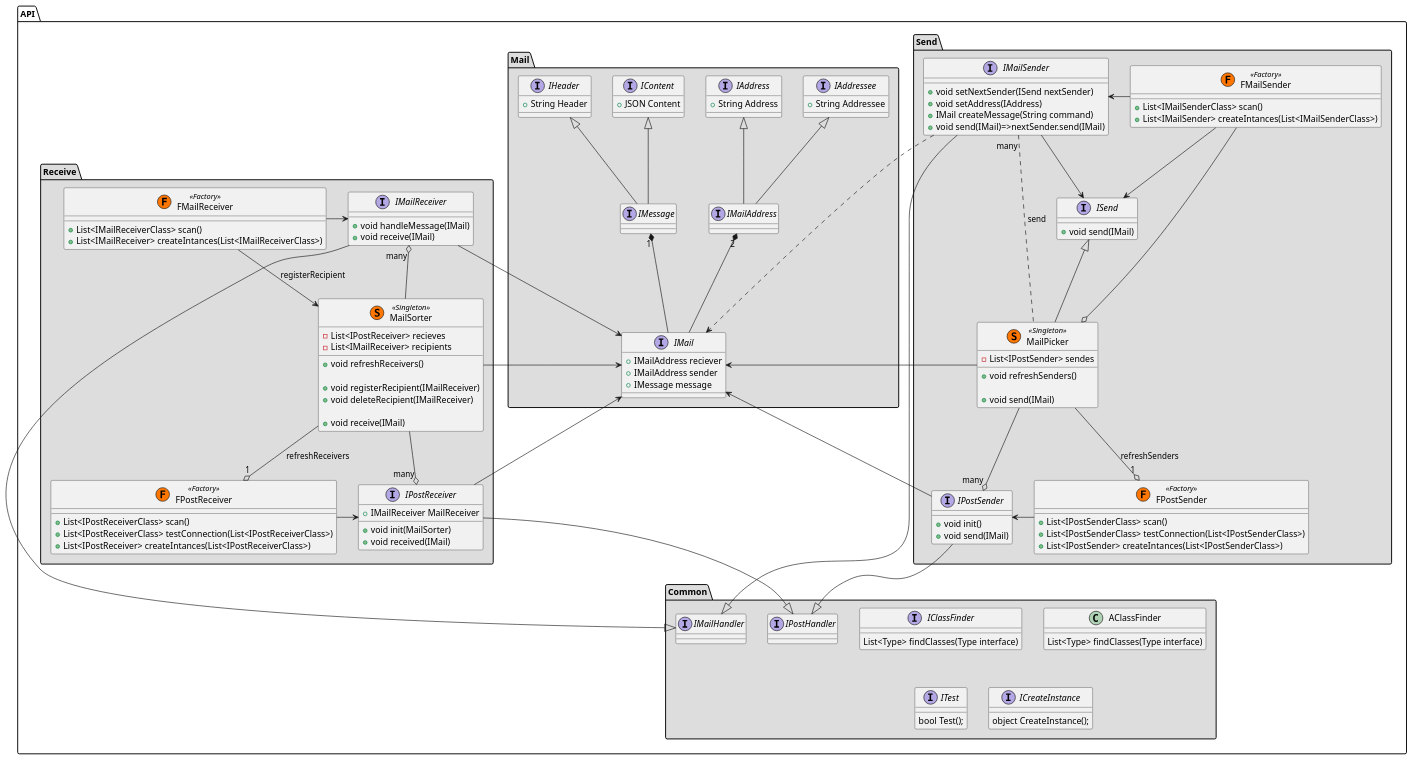
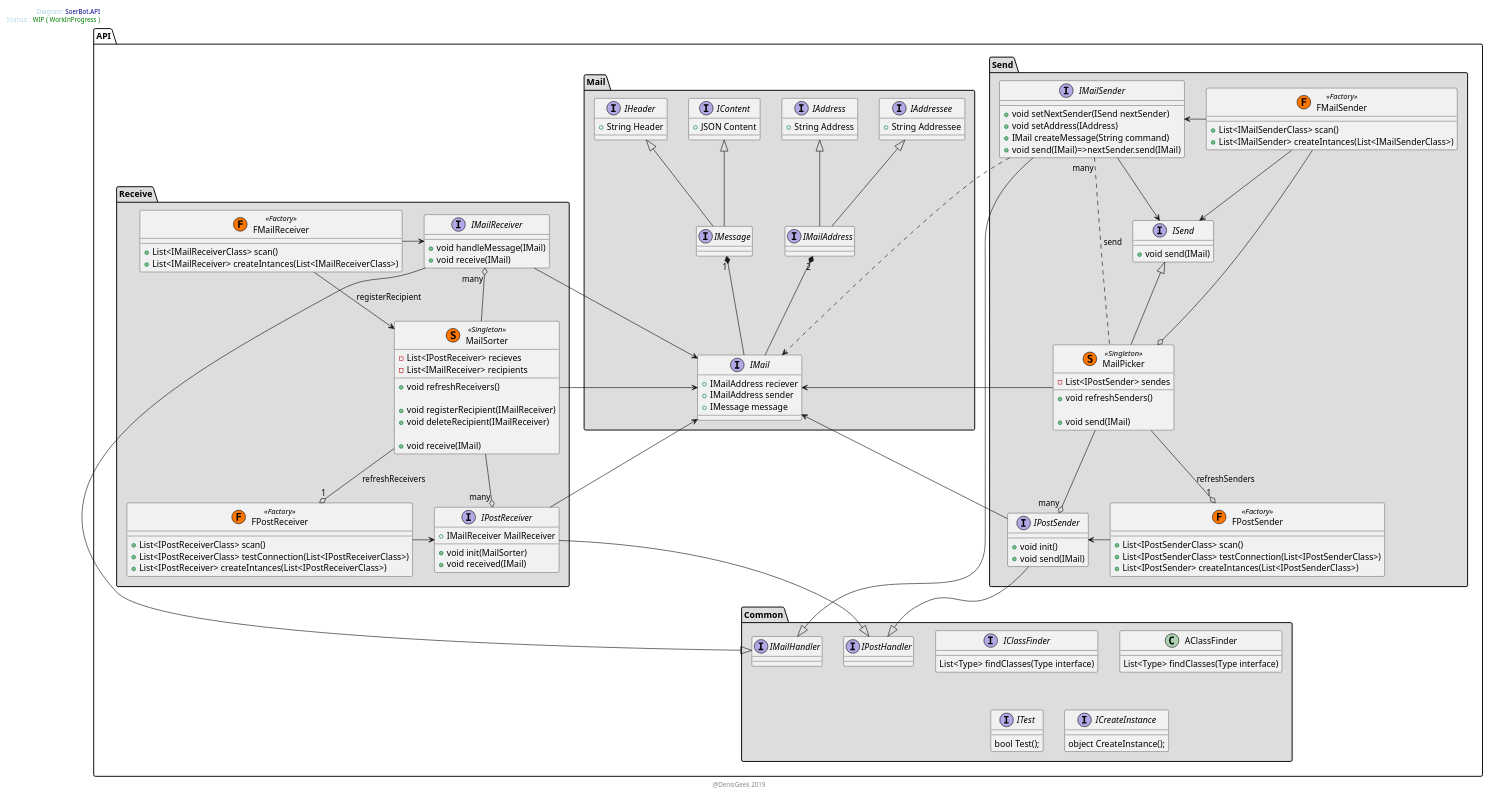
Before and after one commit to soersoft/soerbot: the diagram in src/API/01.Diagram/API.Core.Diagram.puml, drawn with PlantUML.

Commit message:
Diagram => added header and footer

```diff
--- a/src/API/01.Diagram/API.Core.Diagram.puml
+++ b/src/API/01.Diagram/API.Core.Diagram.puml
@@ -1,177 +1,188 @@
 @startuml
-scale 1
+
+'// picture scale
+scale 1 
+
+' // chang graphic modifiers to string
 ' skinparam classAttributeIconSize 0
+
+left header
+<font color=lightblue>    Diagram:</font> <font color=darkBlue>SoerBot.API</font>
+<font color=lightblue>    Status   :</font> <font color=green>WIP ( WorkInProgress )</font>
+endheader
+
+center footer @DenisGeek 2019
 
 namespace API.Mail #DDDDDD {
     IMailAddress "2" *-- IMail
     IMessage "1" *-- IMail
 
     IContent <|-- IMessage
     IHeader <|-- IMessage
     IAddressee <|-- IMailAddress
     IAddress <|-- IMailAddress
 
     interface IAddress
     {
         + String Address 
     }
     interface IAddressee
     {
         + String Addressee
     } 
 
     interface IMailAddress
     {
     }
 
     interface IHeader
     {
         + String Header 
     }
     interface IContent
     {
         + JSON Content
     }
     interface IMessage
     {
     }
     interface IMail
     {
         + IMailAddress reciever
         + IMailAddress sender
         + IMessage message
     }
 }
 
 namespace API.Send #DDDDDD {
     interface ISend
     {
         + void send(IMail)
     }
     interface IMailSender
     {
         + void setNextSender(ISend nextSender)
         + void setAddress(IAddress)
         + IMail createMessage(String command)
         + void send(IMail)=>nextSender.send(IMail)
     }
     class MailPicker << (S,#FF7700) Singleton >>
     {
         - List<IPostSender> sendes
         + void refreshSenders()
 
         + void send(IMail)
     }
     interface IPostSender
     {
         + void init()
         + void send(IMail)
     }
     class FMailSender << (F,#FF7700) Factory >>
     {
         + List<IMailSenderClass> scan()
         + List<IMailSender> createIntances(List<IMailSenderClass>)
     }
     class FPostSender << (F,#FF7700) Factory >>
     {
         + List<IPostSenderClass> scan()
         + List<IPostSenderClass> testConnection(List<IPostSenderClass>)
         + List<IPostSender> createIntances(List<IPostSenderClass>)
     }
     IMailSender --> ISend
     ISend <|-- MailPicker
     FMailSender --o MailPicker
     FMailSender --> ISend
     FMailSender -> IMailSender
     IMailSender ..> API.Mail.IMail
     IMailSender "many" .. MailPicker :send
     MailPicker --> API.Mail.IMail
     MailPicker --o "1" FPostSender :refreshSenders
     MailPicker --o "many" IPostSender
     API.Mail.IMail <-- IPostSender
     IPostSender <- FPostSender
 }
 
 
 namespace API.Receive #DDDDDD {
     interface IMailReceiver
     {
         + void handleMessage(IMail)
         + void receive(IMail)
     }
     class MailSorter << (S,#FF7700) Singleton >>
     {
         - List<IPostReceiver> recieves
         - List<IMailReceiver> recipients
         + void refreshReceivers()
  
         + void registerRecipient(IMailReceiver)
         + void deleteRecipient(IMailReceiver)
 
        + void receive(IMail)
     }
     interface IPostReceiver
     {
         + IMailReceiver MailReceiver
         + void init(MailSorter)
         + void received(IMail)
     }
     class FMailReceiver << (F,#FF7700) Factory >>
     {
         + List<IMailReceiverClass> scan()
         + List<IMailReceiver> createIntances(List<IMailReceiverClass>)
     }
     class FPostReceiver << (F,#FF7700) Factory >>
     {
         + List<IPostReceiverClass> scan()
         + List<IPostReceiverClass> testConnection(List<IPostReceiverClass>)
         + List<IPostReceiver> createIntances(List<IPostReceiverClass>)
     }
     FMailReceiver --> MailSorter : registerRecipient
     IMailReceiver <- FMailReceiver
     IMailReceiver --> API.Mail.IMail
     IMailReceiver "many" o-- MailSorter
     MailSorter --> API.Mail.IMail
     MailSorter --o "1" FPostReceiver : refreshReceivers
     MailSorter --o "many" IPostReceiver
     API.Mail.IMail <-- IPostReceiver
     IPostReceiver <- FPostReceiver
 }
 
 namespace API.Common #DDDDDD {
     interface IClassFinder
     {
         List<Type> findClasses(Type interface)
     }
     class AClassFinder
     {
         List<Type> findClasses(Type interface)
     }
     interface ITest
     {
         bool Test();
     }
     interface ICreateInstance
     {
         object CreateInstance();
     }
     interface IMailHandler
     {
     }
     IMailHandler <|-- IMailReceiver
     IMailHandler <|-- IMailSender
     interface IPostHandler
     {
     }
     IPostReceiver --|> IPostHandler
     IPostSender  --|> IPostHandler
 
 }
 
 
 
 
 
 
 
 @enduml
```
